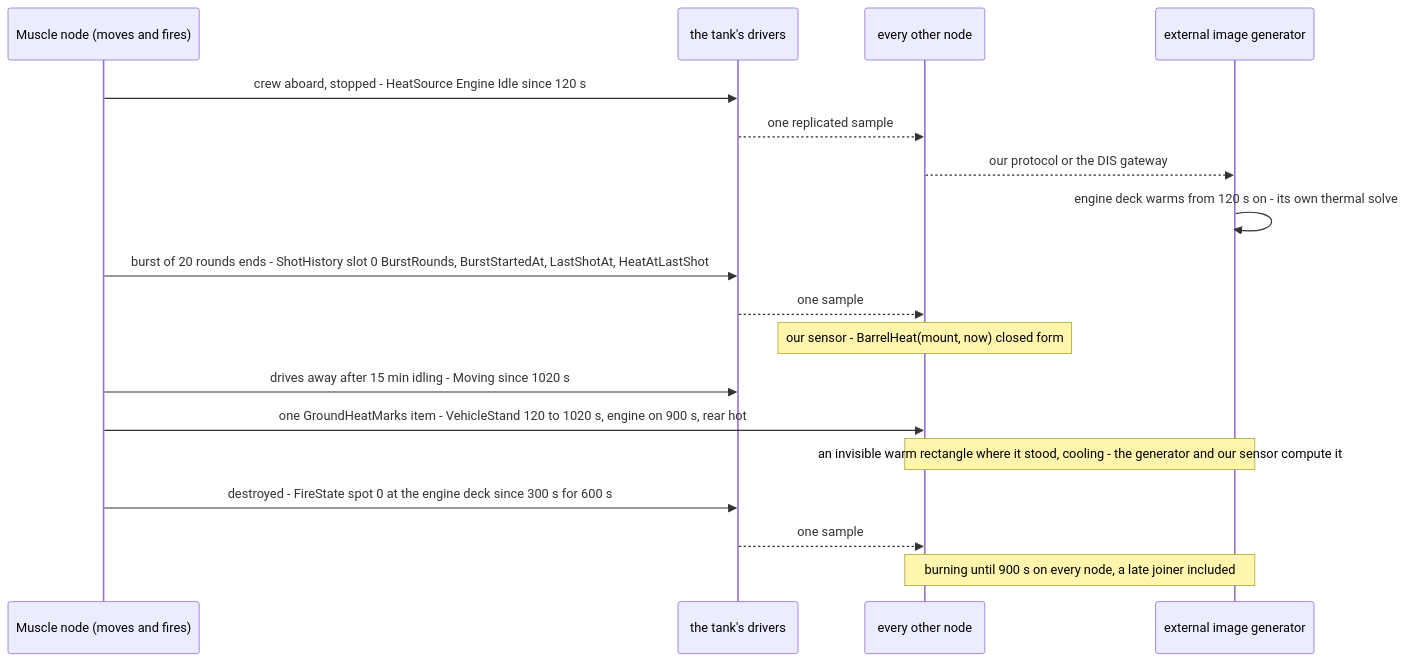
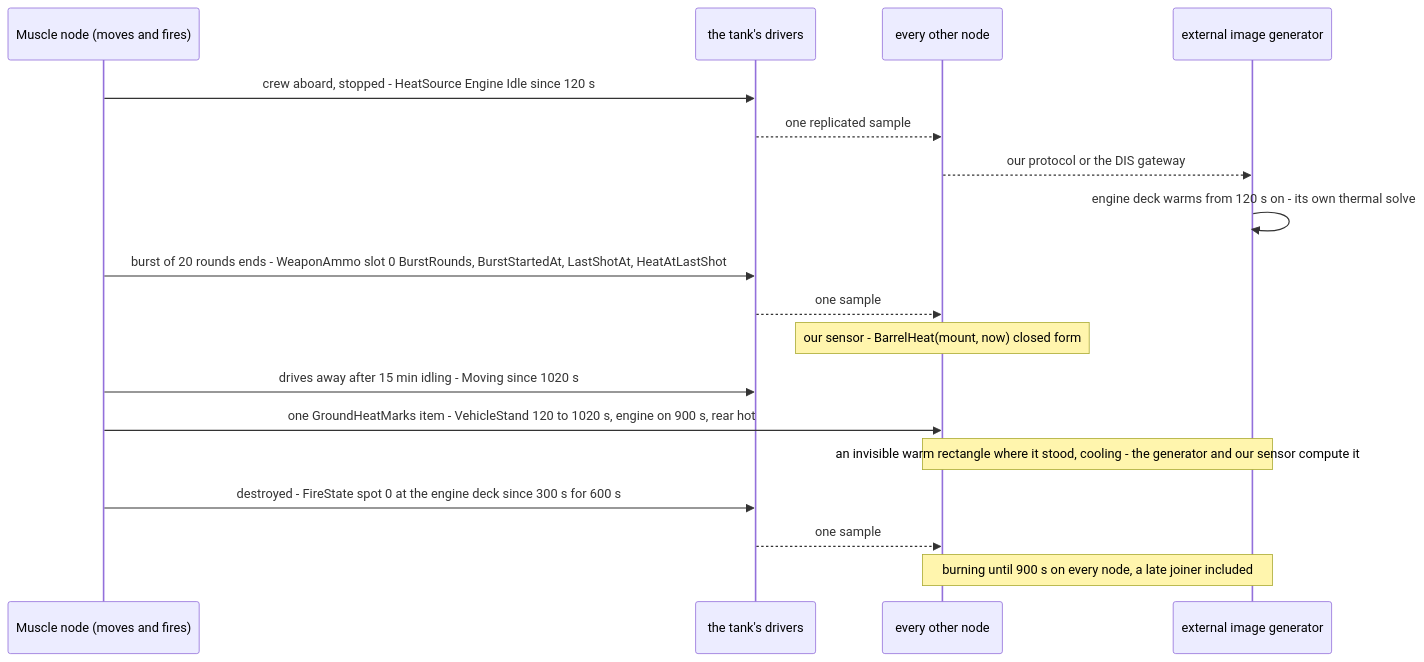
One commit to pjanec/HROT changed the second of 3 diagrams in docs/designs/thermal/DESIGN_Thermal_Drivers.md. Above: the diagram before and after it, drawn with Mermaid. The commit also changed other lines of this file, not shown here.

First line of the commit message:
thermal drivers: the weapons' last burst goes into the existing WeaponAmmo (sampled Heat0..3 retire); no ShotHistory component (still not approved)

````diff
--- a/docs/designs/thermal/DESIGN_Thermal_Drivers.md
+++ b/docs/designs/thermal/DESIGN_Thermal_Drivers.md
@@ -279,20 +297,20 @@
 ```mermaid
 sequenceDiagram
   participant M as Muscle node (moves and fires)
   participant D as the tank's drivers
   participant N as every other node
   participant G as external image generator
   M->>D: crew aboard, stopped - HeatSource Engine Idle since 120 s
   D-->>N: one replicated sample
   N-->>G: our protocol or the DIS gateway
   G->>G: engine deck warms from 120 s on - its own thermal solve
-  M->>D: burst of 20 rounds ends - ShotHistory slot 0 BurstRounds, BurstStartedAt, LastShotAt, HeatAtLastShot
+  M->>D: burst of 20 rounds ends - WeaponAmmo slot 0 BurstRounds, BurstStartedAt, LastShotAt, HeatAtLastShot
   D-->>N: one sample
   Note over N: our sensor - BarrelHeat(mount, now) closed form
   M->>D: drives away after 15 min idling - Moving since 1020 s
   M->>N: one GroundHeatMarks item - VehicleStand 120 to 1020 s, engine on 900 s, rear hot
   Note over N,G: an invisible warm rectangle where it stood, cooling - the generator and our sensor compute it
   M->>D: destroyed - FireState spot 0 at the engine deck since 300 s for 600 s
   D-->>N: one sample
   Note over N,G: burning until 900 s on every node, a late joiner included
 ```
````
